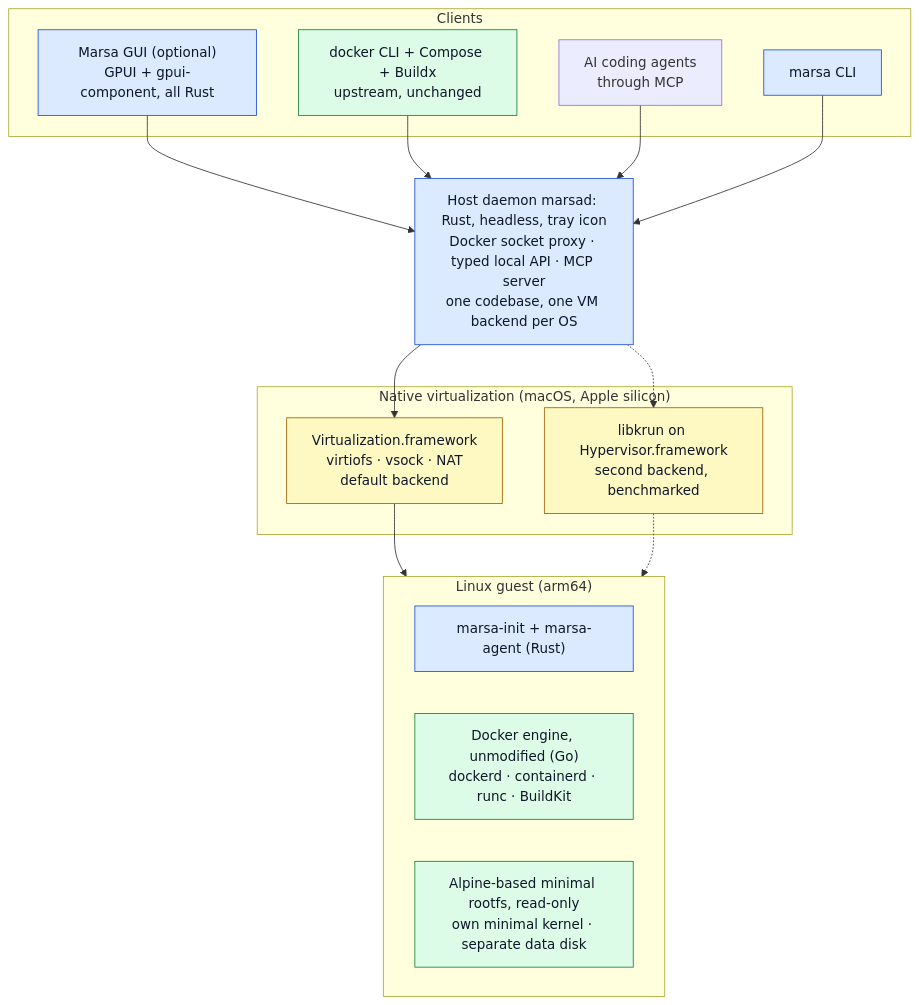
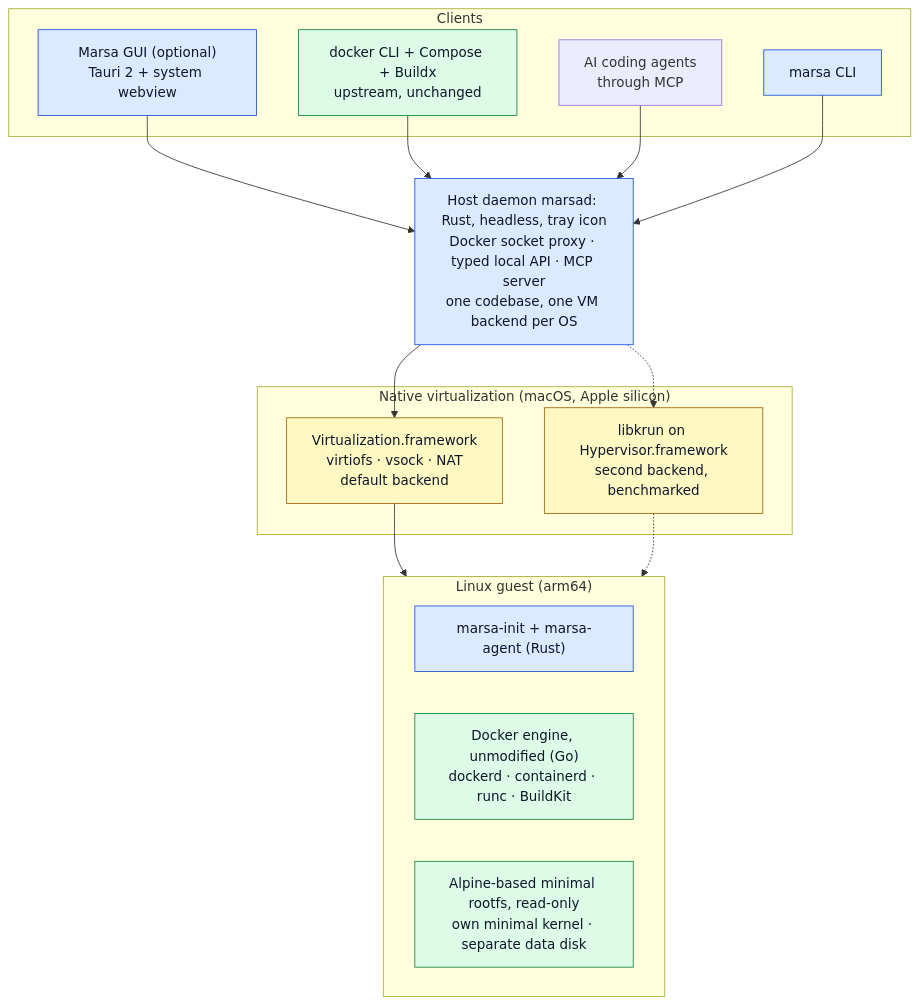
The second of 5 diagrams in docs/02-architecture-overview.md (nasraldin/marsa), drawn with Mermaid before and after one commit. The commit also changed other lines of this file and 12 other files, not shown here.

Commit message:
M1-05: adopt Tauri and direct Rust virtualization bindings

````diff
--- a/docs/02-architecture-overview.md
+++ b/docs/02-architecture-overview.md
@@ -44,38 +44,38 @@
 ```mermaid
 flowchart TB
     subgraph clients["Clients"]
-        gui["Marsa GUI (optional)<br/>GPUI + gpui-component, all Rust"]
+        gui["Marsa GUI (optional)<br/>Tauri 2 + system webview"]
         dcli["docker CLI + Compose + Buildx<br/>upstream, unchanged"]
         agents["AI coding agents<br/>through MCP"]
         mcli["marsa CLI"]
     end
 
     daemon["Host daemon marsad: Rust, headless, tray icon<br/>Docker socket proxy · typed local API · MCP server<br/>one codebase, one VM backend per OS"]
 
     subgraph native["Native virtualization (macOS, Apple silicon)"]
         vz["Virtualization.framework<br/>virtiofs · vsock · NAT<br/>default backend"]
         krun["libkrun on Hypervisor.framework<br/>second backend, benchmarked"]
     end
 
     subgraph guest["Linux guest (arm64)"]
         init["marsa-init + marsa-agent (Rust)"]
         engine["Docker engine, unmodified (Go)<br/>dockerd · containerd · runc · BuildKit"]
         os["Alpine-based minimal rootfs, read-only<br/>own minimal kernel · separate data disk"]
     end
 
     gui --> daemon
     dcli --> daemon
     agents --> daemon
     mcli --> daemon
     daemon --> vz
     daemon -.-> krun
     vz --> guest
     krun -.-> guest
 
     classDef newcode fill:#dbeafe,stroke:#1d4ed8,color:#0f172a
     classDef upstream fill:#dcfce7,stroke:#15803d,color:#0f172a
     classDef nativeos fill:#fef9c3,stroke:#a16207,color:#0f172a
     class gui,daemon,mcli,init newcode
     class dcli,engine,os upstream
     class vz,krun nativeos
 ```
````
